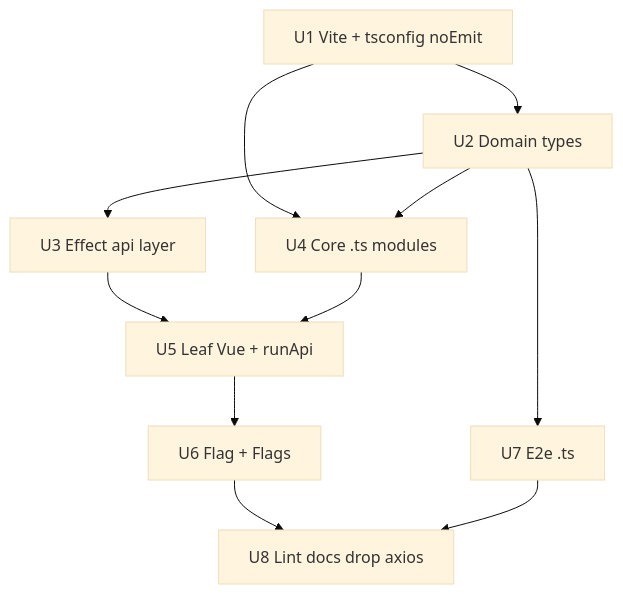
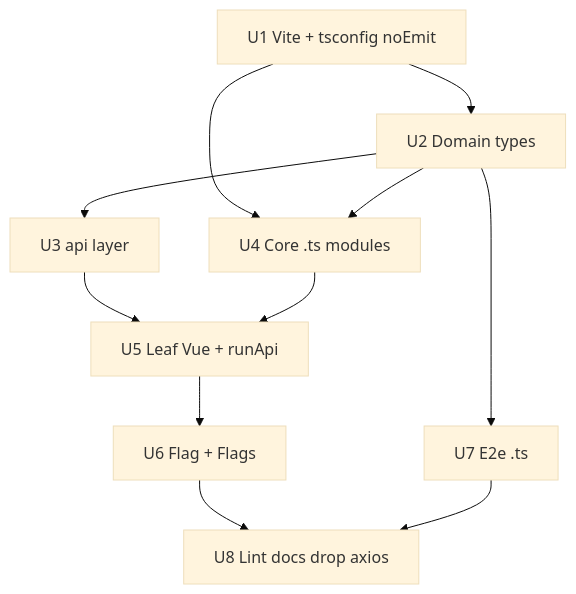
One commit to openflagr/flagr changed the diagram in docs/plans/2026-06-26-001-migrate-flagr-ui-js-to-ts-plan.md. Above: the diagram before and after it, drawn with Mermaid (base theme). The commit also changed other lines of this file and 30 other files, not shown here.

First line of the commit message:
feat(ui): ApiResult layer, page orchestration, docs and review guides

````diff
--- a/docs/plans/2026-06-26-001-migrate-flagr-ui-js-to-ts-plan.md
+++ b/docs/plans/2026-06-26-001-migrate-flagr-ui-js-to-ts-plan.md
@@ -322,13 +289,13 @@
 ```mermaid
 flowchart TD
   U1[U1 Vite + tsconfig noEmit] --> U2[U2 Domain types]
-  U2 --> U3[U3 Effect api layer]
+  U2 --> U3[U3 api layer]
   U1 --> U4[U4 Core .ts modules]
   U2 --> U4
   U3 --> U5[U5 Leaf Vue + runApi]
   U4 --> U5
   U5 --> U6[U6 Flag + Flags]
   U2 --> U7[U7 E2e .ts]
   U6 --> U8[U8 Lint docs drop axios]
   U7 --> U8
 ```
````
